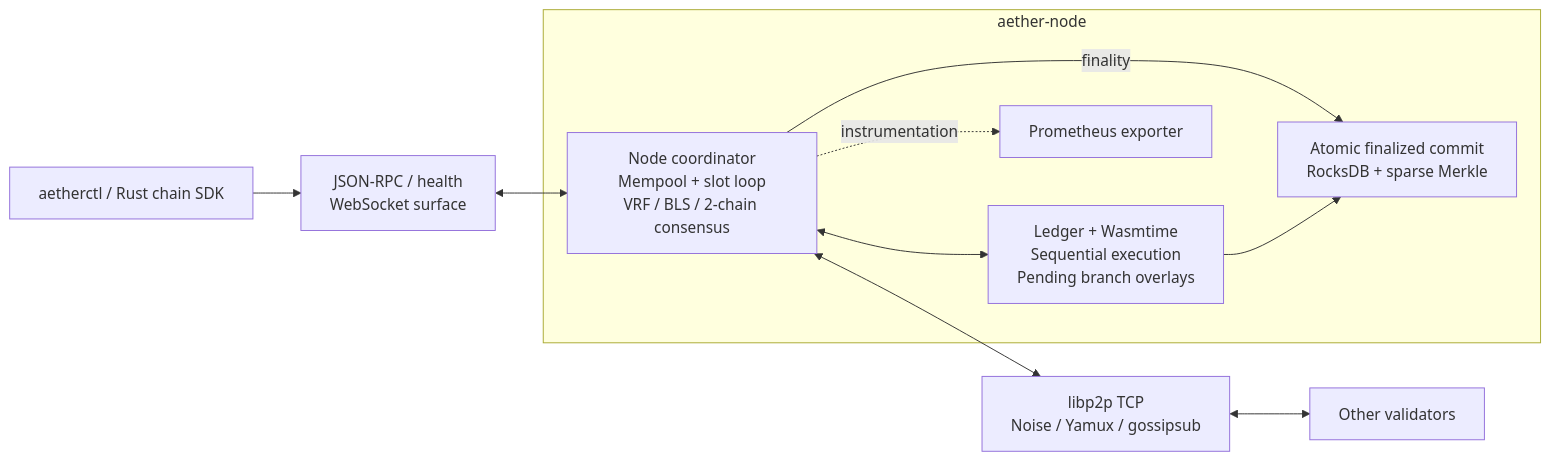
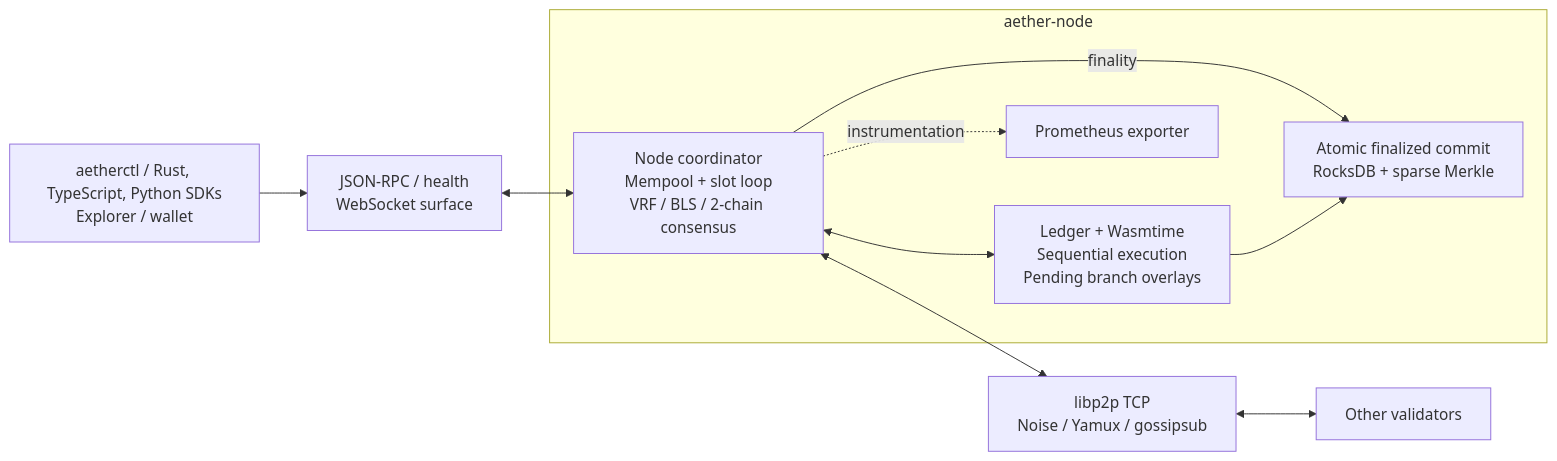
One commit to jadenfix/arrha changed the diagram in README.md. Above: the diagram before and after it, drawn with Mermaid. The commit also changed other lines of this file and 88 other files, not shown here.

````diff
--- a/README.md
+++ b/README.md
@@ -57,14 +57,14 @@
 ```mermaid
 flowchart LR
-    Clients["aetherctl / Rust chain SDK"] --> RPC["JSON-RPC / health<br/>WebSocket surface"]
+    Clients["aetherctl / Rust, TypeScript, Python SDKs<br/>Explorer / wallet"] --> RPC["JSON-RPC / health<br/>WebSocket surface"]
     RPC <--> Core
     subgraph Node["aether-node"]
         Core["Node coordinator<br/>Mempool + slot loop<br/>VRF / BLS / 2-chain consensus"]
         Core <--> Ledger["Ledger + Wasmtime<br/>Sequential execution<br/>Pending branch overlays"]
         Core -->|finality| Store["Atomic finalized commit<br/>RocksDB + sparse Merkle"]
         Ledger --> Store
         Core -. instrumentation .-> Metrics["Prometheus exporter"]
     end
     Core <--> P2P["libp2p TCP<br/>Noise / Yamux / gossipsub"]
     P2P <--> Peers["Other validators"]
 ```
````
